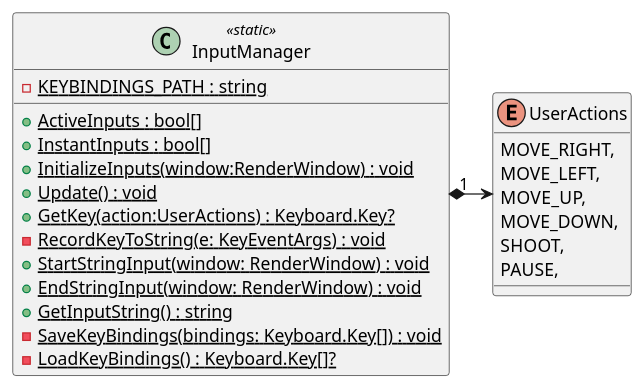
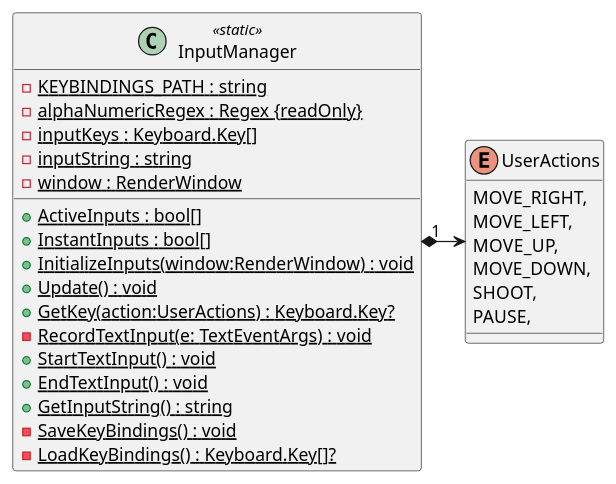
The diagram in plantuml/InputManager.puml (Ruby1405/PaceInvaders), drawn with PlantUML before and after one commit. The commit also changed 17 other files, not shown here.

Commit message:
touchups and class diagram

```diff
--- a/plantuml/InputManager.puml
+++ b/plantuml/InputManager.puml
@@ -1,25 +1,29 @@
 @startuml
 enum UserActions {
     MOVE_RIGHT,
     MOVE_LEFT,
     MOVE_UP,
     MOVE_DOWN,
     SHOOT,
     PAUSE,
 }
 class InputManager <<static>> {
     - {static} KEYBINDINGS_PATH : string
+    - {static} alphaNumericRegex : Regex {readOnly}
+    - {static} inputKeys : Keyboard.Key[]
+    - {static} inputString : string
+    - {static} window : RenderWindow
     + {method} {static} ActiveInputs : bool[]
     + {method} {static} InstantInputs : bool[]
     + {static} InitializeInputs(window:RenderWindow) : void
     + {static} Update() : void
     + {static} GetKey(action:UserActions) : Keyboard.Key?
-    - {static} RecordKeyToString(e: KeyEventArgs) : void
-    + {static} StartStringInput(window: RenderWindow) : void
-    + {static} EndStringInput(window: RenderWindow) : void
+    - {static} RecordTextInput(e: TextEventArgs) : void
+    + {static} StartTextInput() : void
+    + {static} EndTextInput() : void
     + {static} GetInputString() : string
-    - {static} SaveKeyBindings(bindings: Keyboard.Key[]) : void
+    - {static} SaveKeyBindings() : void
     - {static} LoadKeyBindings() : Keyboard.Key[]?
 }
 InputManager "1" *-> UserActions
 @enduml
```
